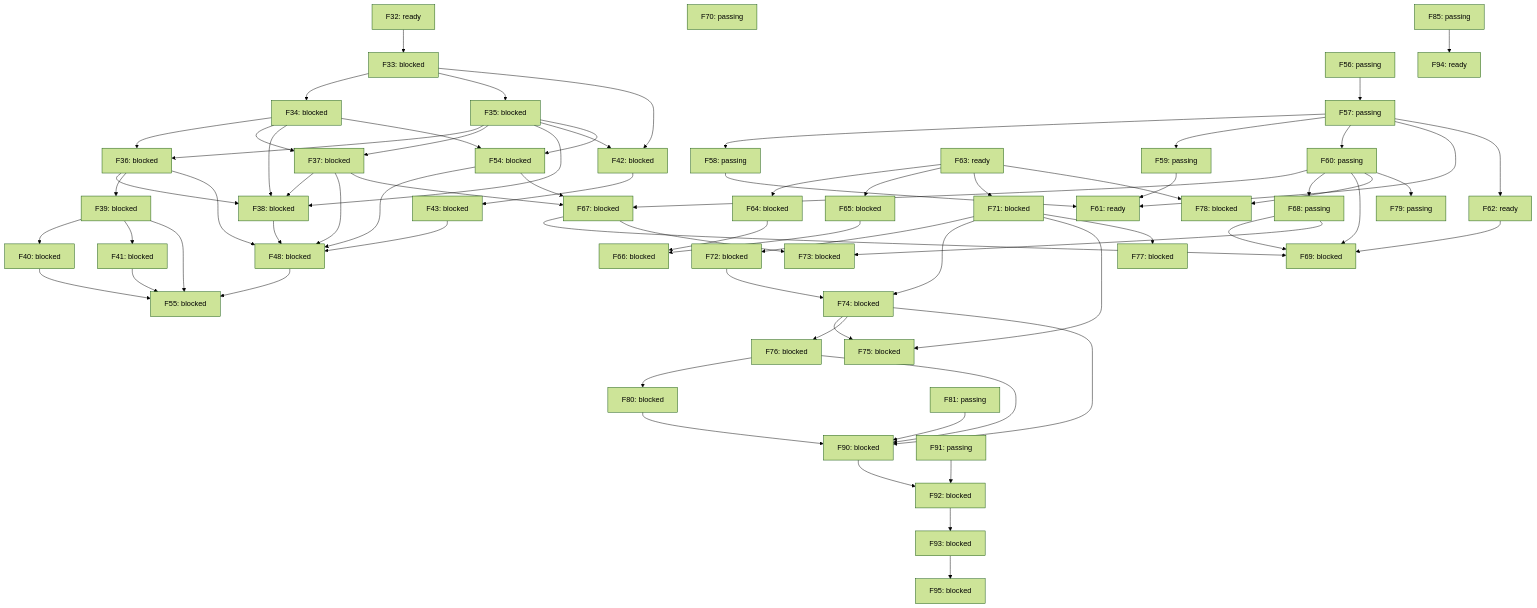
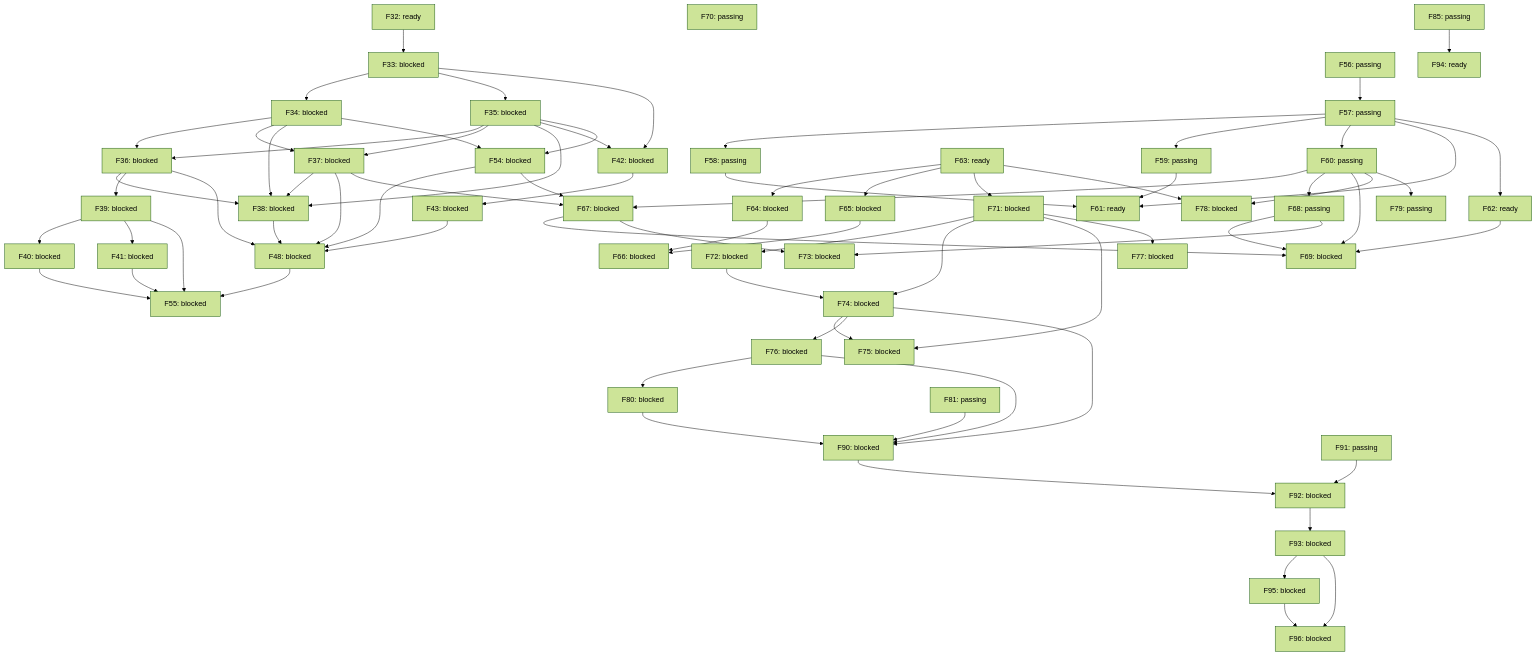
One commit to alex-nax/rengine changed the diagram in docs/roadmap-graph.md. Above: the diagram before and after it, drawn with Mermaid (forest theme). The commit also changed other lines of this file and 1 other file, not shown here.

Commit message:
inventory: recover conversations from the CLI's own session storage (F96)
The owner hit the gap directly: they resumed a conversation from a terminal,
so the workspace never spawned it, never recorded it, and the Sessions tab
showed nothing while the conversation was plainly alive. Claude keeps a
per-project session directory and codex keeps rollouts whose recorded cwd
handoff.mjs already validates, so both can be discovered and filtered by the
bound project rather than relying on rEngine having minted them.

Claude-Session: https://claude.ai/code/session_01VkzS7Ytof18uQUdDuUSUCF

````diff
--- a/docs/roadmap-graph.md
+++ b/docs/roadmap-graph.md
@@ -125,4 +125,7 @@
   F85 --> F94
   F95["F95: blocked"]
   F93 --> F95
+  F96["F96: blocked"]
+  F93 --> F96
+  F95 --> F96
 ```
````
